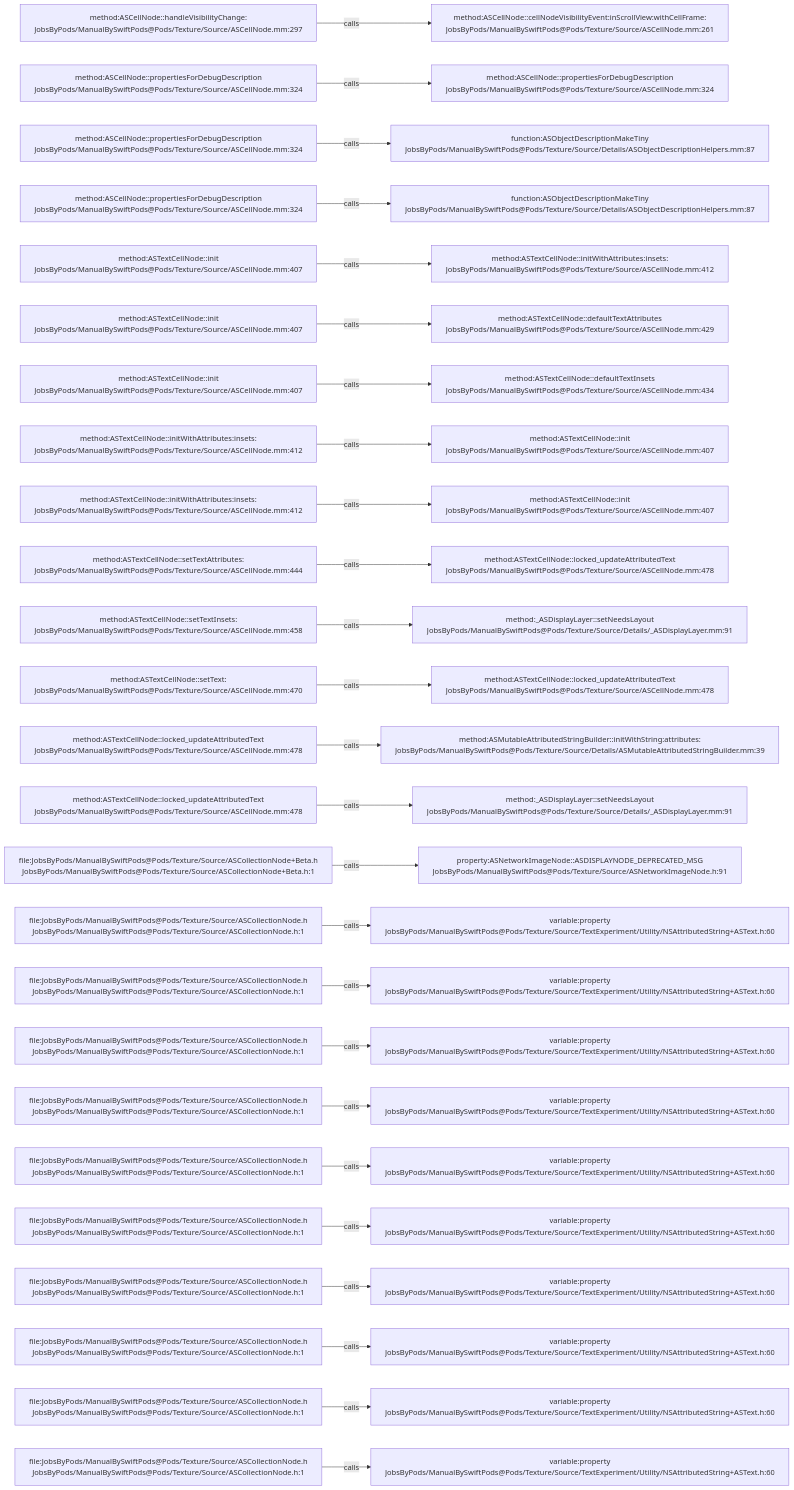
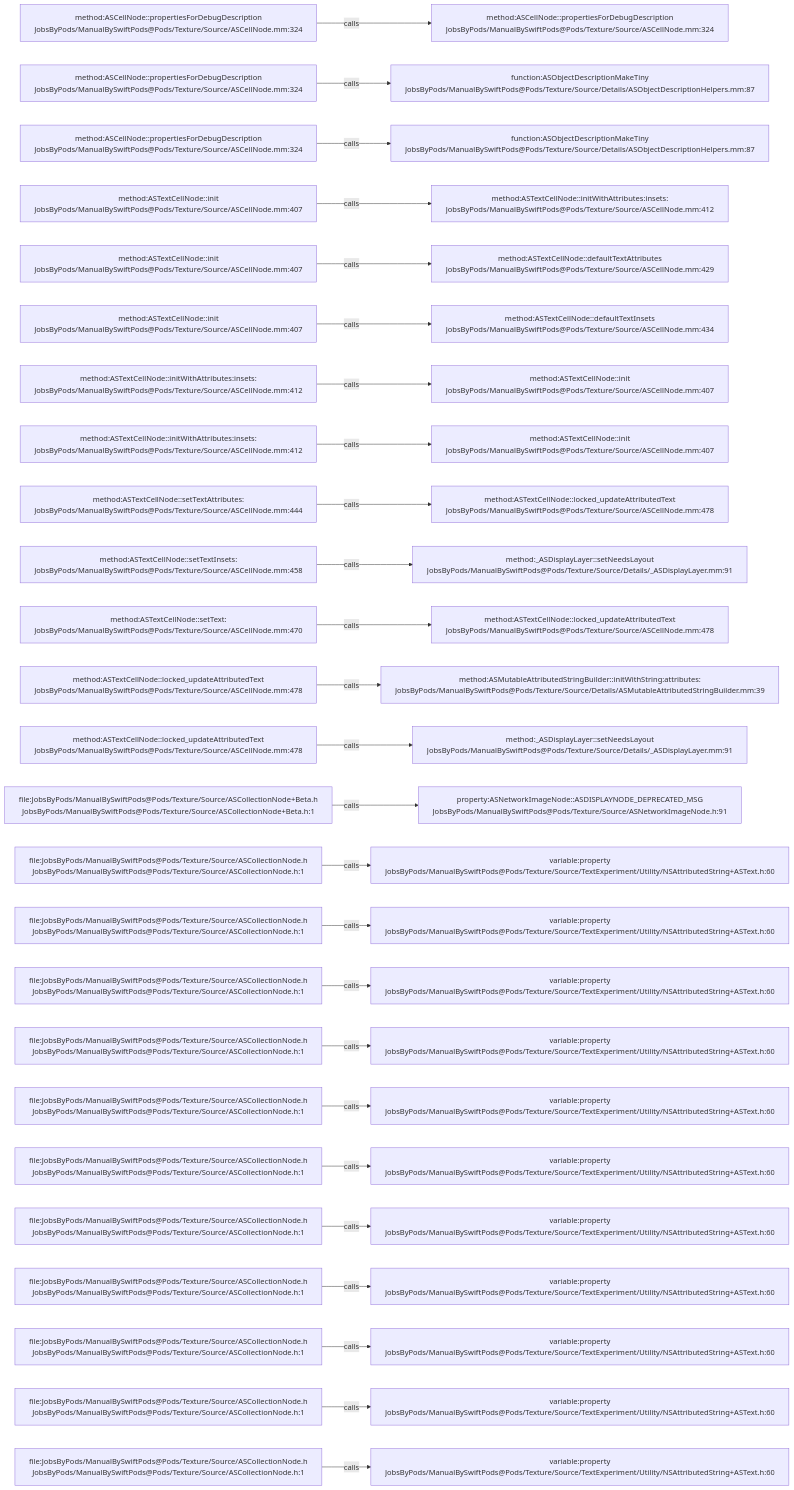
Before and after one commit to JobsKits/JobsSwiftBaseConfigDemo: the diagram in .codegraph/codegraph.md/graphs/calls-005.md, drawn with Mermaid. The commit also changed 747 other files, not shown here.

````diff
--- a/.codegraph/codegraph.md/graphs/calls-005.md
+++ b/.codegraph/codegraph.md/graphs/calls-005.md
@@ -13,78 +13,78 @@
 ```mermaid
 flowchart LR
-  S1["method:ASCellNode::handleVisibilityChange:<br/>JobsByPods/ManualBySwiftPods@Pods/Texture/Source/ASCellNode.mm:297"]
-  T1["method:ASCellNode::cellNodeVisibilityEvent:inScrollView:withCellFrame:<br/>JobsByPods/ManualBySwiftPods@Pods/Texture/Source/ASCellNode.mm:261"]
+  S1["method:ASCellNode::propertiesForDebugDescription<br/>JobsByPods/ManualBySwiftPods@Pods/Texture/Source/ASCellNode.mm:324"]
+  T1["method:ASCellNode::propertiesForDebugDescription<br/>JobsByPods/ManualBySwiftPods@Pods/Texture/Source/ASCellNode.mm:324"]
   S1 -->|calls| T1
   S2["method:ASCellNode::propertiesForDebugDescription<br/>JobsByPods/ManualBySwiftPods@Pods/Texture/Source/ASCellNode.mm:324"]
-  T2["method:ASCellNode::propertiesForDebugDescription<br/>JobsByPods/ManualBySwiftPods@Pods/Texture/Source/ASCellNode.mm:324"]
+  T2["function:ASObjectDescriptionMakeTiny<br/>JobsByPods/ManualBySwiftPods@Pods/Texture/Source/Details/ASObjectDescriptionHelpers.mm:87"]
   S2 -->|calls| T2
   S3["method:ASCellNode::propertiesForDebugDescription<br/>JobsByPods/ManualBySwiftPods@Pods/Texture/Source/ASCellNode.mm:324"]
   T3["function:ASObjectDescriptionMakeTiny<br/>JobsByPods/ManualBySwiftPods@Pods/Texture/Source/Details/ASObjectDescriptionHelpers.mm:87"]
   S3 -->|calls| T3
-  S4["method:ASCellNode::propertiesForDebugDescription<br/>JobsByPods/ManualBySwiftPods@Pods/Texture/Source/ASCellNode.mm:324"]
-  T4["function:ASObjectDescriptionMakeTiny<br/>JobsByPods/ManualBySwiftPods@Pods/Texture/Source/Details/ASObjectDescriptionHelpers.mm:87"]
+  S4["method:ASTextCellNode::init<br/>JobsByPods/ManualBySwiftPods@Pods/Texture/Source/ASCellNode.mm:407"]
+  T4["method:ASTextCellNode::initWithAttributes:insets:<br/>JobsByPods/ManualBySwiftPods@Pods/Texture/Source/ASCellNode.mm:412"]
   S4 -->|calls| T4
   S5["method:ASTextCellNode::init<br/>JobsByPods/ManualBySwiftPods@Pods/Texture/Source/ASCellNode.mm:407"]
-  T5["method:ASTextCellNode::initWithAttributes:insets:<br/>JobsByPods/ManualBySwiftPods@Pods/Texture/Source/ASCellNode.mm:412"]
+  T5["method:ASTextCellNode::defaultTextAttributes<br/>JobsByPods/ManualBySwiftPods@Pods/Texture/Source/ASCellNode.mm:429"]
   S5 -->|calls| T5
   S6["method:ASTextCellNode::init<br/>JobsByPods/ManualBySwiftPods@Pods/Texture/Source/ASCellNode.mm:407"]
-  T6["method:ASTextCellNode::defaultTextAttributes<br/>JobsByPods/ManualBySwiftPods@Pods/Texture/Source/ASCellNode.mm:429"]
+  T6["method:ASTextCellNode::defaultTextInsets<br/>JobsByPods/ManualBySwiftPods@Pods/Texture/Source/ASCellNode.mm:434"]
   S6 -->|calls| T6
-  S7["method:ASTextCellNode::init<br/>JobsByPods/ManualBySwiftPods@Pods/Texture/Source/ASCellNode.mm:407"]
-  T7["method:ASTextCellNode::defaultTextInsets<br/>JobsByPods/ManualBySwiftPods@Pods/Texture/Source/ASCellNode.mm:434"]
+  S7["method:ASTextCellNode::initWithAttributes:insets:<br/>JobsByPods/ManualBySwiftPods@Pods/Texture/Source/ASCellNode.mm:412"]
+  T7["method:ASTextCellNode::init<br/>JobsByPods/ManualBySwiftPods@Pods/Texture/Source/ASCellNode.mm:407"]
   S7 -->|calls| T7
   S8["method:ASTextCellNode::initWithAttributes:insets:<br/>JobsByPods/ManualBySwiftPods@Pods/Texture/Source/ASCellNode.mm:412"]
   T8["method:ASTextCellNode::init<br/>JobsByPods/ManualBySwiftPods@Pods/Texture/Source/ASCellNode.mm:407"]
   S8 -->|calls| T8
-  S9["method:ASTextCellNode::initWithAttributes:insets:<br/>JobsByPods/ManualBySwiftPods@Pods/Texture/Source/ASCellNode.mm:412"]
-  T9["method:ASTextCellNode::init<br/>JobsByPods/ManualBySwiftPods@Pods/Texture/Source/ASCellNode.mm:407"]
+  S9["method:ASTextCellNode::setTextAttributes:<br/>JobsByPods/ManualBySwiftPods@Pods/Texture/Source/ASCellNode.mm:444"]
+  T9["method:ASTextCellNode::locked_updateAttributedText<br/>JobsByPods/ManualBySwiftPods@Pods/Texture/Source/ASCellNode.mm:478"]
   S9 -->|calls| T9
-  S10["method:ASTextCellNode::setTextAttributes:<br/>JobsByPods/ManualBySwiftPods@Pods/Texture/Source/ASCellNode.mm:444"]
-  T10["method:ASTextCellNode::locked_updateAttributedText<br/>JobsByPods/ManualBySwiftPods@Pods/Texture/Source/ASCellNode.mm:478"]
+  S10["method:ASTextCellNode::setTextInsets:<br/>JobsByPods/ManualBySwiftPods@Pods/Texture/Source/ASCellNode.mm:458"]
+  T10["method:_ASDisplayLayer::setNeedsLayout<br/>JobsByPods/ManualBySwiftPods@Pods/Texture/Source/Details/_ASDisplayLayer.mm:91"]
   S10 -->|calls| T10
-  S11["method:ASTextCellNode::setTextInsets:<br/>JobsByPods/ManualBySwiftPods@Pods/Texture/Source/ASCellNode.mm:458"]
-  T11["method:_ASDisplayLayer::setNeedsLayout<br/>JobsByPods/ManualBySwiftPods@Pods/Texture/Source/Details/_ASDisplayLayer.mm:91"]
+  S11["method:ASTextCellNode::setText:<br/>JobsByPods/ManualBySwiftPods@Pods/Texture/Source/ASCellNode.mm:470"]
+  T11["method:ASTextCellNode::locked_updateAttributedText<br/>JobsByPods/ManualBySwiftPods@Pods/Texture/Source/ASCellNode.mm:478"]
   S11 -->|calls| T11
-  S12["method:ASTextCellNode::setText:<br/>JobsByPods/ManualBySwiftPods@Pods/Texture/Source/ASCellNode.mm:470"]
-  T12["method:ASTextCellNode::locked_updateAttributedText<br/>JobsByPods/ManualBySwiftPods@Pods/Texture/Source/ASCellNode.mm:478"]
+  S12["method:ASTextCellNode::locked_updateAttributedText<br/>JobsByPods/ManualBySwiftPods@Pods/Texture/Source/ASCellNode.mm:478"]
+  T12["method:ASMutableAttributedStringBuilder::initWithString:attributes:<br/>JobsByPods/ManualBySwiftPods@Pods/Texture/Source/Details/ASMutableAttributedStringBuilder.mm:39"]
   S12 -->|calls| T12
   S13["method:ASTextCellNode::locked_updateAttributedText<br/>JobsByPods/ManualBySwiftPods@Pods/Texture/Source/ASCellNode.mm:478"]
-  T13["method:ASMutableAttributedStringBuilder::initWithString:attributes:<br/>JobsByPods/ManualBySwiftPods@Pods/Texture/Source/Details/ASMutableAttributedStringBuilder.mm:39"]
+  T13["method:_ASDisplayLayer::setNeedsLayout<br/>JobsByPods/ManualBySwiftPods@Pods/Texture/Source/Details/_ASDisplayLayer.mm:91"]
   S13 -->|calls| T13
-  S14["method:ASTextCellNode::locked_updateAttributedText<br/>JobsByPods/ManualBySwiftPods@Pods/Texture/Source/ASCellNode.mm:478"]
-  T14["method:_ASDisplayLayer::setNeedsLayout<br/>JobsByPods/ManualBySwiftPods@Pods/Texture/Source/Details/_ASDisplayLayer.mm:91"]
+  S14["file:JobsByPods/ManualBySwiftPods@Pods/Texture/Source/ASCollectionNode+Beta.h<br/>JobsByPods/ManualBySwiftPods@Pods/Texture/Source/ASCollectionNode+Beta.h:1"]
+  T14["property:ASNetworkImageNode::ASDISPLAYNODE_DEPRECATED_MSG<br/>JobsByPods/ManualBySwiftPods@Pods/Texture/Source/ASNetworkImageNode.h:91"]
   S14 -->|calls| T14
-  S15["file:JobsByPods/ManualBySwiftPods@Pods/Texture/Source/ASCollectionNode+Beta.h<br/>JobsByPods/ManualBySwiftPods@Pods/Texture/Source/ASCollectionNode+Beta.h:1"]
-  T15["property:ASNetworkImageNode::ASDISPLAYNODE_DEPRECATED_MSG<br/>JobsByPods/ManualBySwiftPods@Pods/Texture/Source/ASNetworkImageNode.h:91"]
+  S15["file:JobsByPods/ManualBySwiftPods@Pods/Texture/Source/ASCollectionNode.h<br/>JobsByPods/ManualBySwiftPods@Pods/Texture/Source/ASCollectionNode.h:1"]
+  T15["variable:property<br/>JobsByPods/ManualBySwiftPods@Pods/Texture/Source/TextExperiment/Utility/NSAttributedString+ASText.h:60"]
   S15 -->|calls| T15
   S16["file:JobsByPods/ManualBySwiftPods@Pods/Texture/Source/ASCollectionNode.h<br/>JobsByPods/ManualBySwiftPods@Pods/Texture/Source/ASCollectionNode.h:1"]
   T16["variable:property<br/>JobsByPods/ManualBySwiftPods@Pods/Texture/Source/TextExperiment/Utility/NSAttributedString+ASText.h:60"]
   S16 -->|calls| T16
   S17["file:JobsByPods/ManualBySwiftPods@Pods/Texture/Source/ASCollectionNode.h<br/>JobsByPods/ManualBySwiftPods@Pods/Texture/Source/ASCollectionNode.h:1"]
   T17["variable:property<br/>JobsByPods/ManualBySwiftPods@Pods/Texture/Source/TextExperiment/Utility/NSAttributedString+ASText.h:60"]
   S17 -->|calls| T17
   S18["file:JobsByPods/ManualBySwiftPods@Pods/Texture/Source/ASCollectionNode.h<br/>JobsByPods/ManualBySwiftPods@Pods/Texture/Source/ASCollectionNode.h:1"]
   T18["variable:property<br/>JobsByPods/ManualBySwiftPods@Pods/Texture/Source/TextExperiment/Utility/NSAttributedString+ASText.h:60"]
   S18 -->|calls| T18
   S19["file:JobsByPods/ManualBySwiftPods@Pods/Texture/Source/ASCollectionNode.h<br/>JobsByPods/ManualBySwiftPods@Pods/Texture/Source/ASCollectionNode.h:1"]
   T19["variable:property<br/>JobsByPods/ManualBySwiftPods@Pods/Texture/Source/TextExperiment/Utility/NSAttributedString+ASText.h:60"]
   S19 -->|calls| T19
   S20["file:JobsByPods/ManualBySwiftPods@Pods/Texture/Source/ASCollectionNode.h<br/>JobsByPods/ManualBySwiftPods@Pods/Texture/Source/ASCollectionNode.h:1"]
   T20["variable:property<br/>JobsByPods/ManualBySwiftPods@Pods/Texture/Source/TextExperiment/Utility/NSAttributedString+ASText.h:60"]
   S20 -->|calls| T20
   S21["file:JobsByPods/ManualBySwiftPods@Pods/Texture/Source/ASCollectionNode.h<br/>JobsByPods/ManualBySwiftPods@Pods/Texture/Source/ASCollectionNode.h:1"]
   T21["variable:property<br/>JobsByPods/ManualBySwiftPods@Pods/Texture/Source/TextExperiment/Utility/NSAttributedString+ASText.h:60"]
   S21 -->|calls| T21
   S22["file:JobsByPods/ManualBySwiftPods@Pods/Texture/Source/ASCollectionNode.h<br/>JobsByPods/ManualBySwiftPods@Pods/Texture/Source/ASCollectionNode.h:1"]
   T22["variable:property<br/>JobsByPods/ManualBySwiftPods@Pods/Texture/Source/TextExperiment/Utility/NSAttributedString+ASText.h:60"]
   S22 -->|calls| T22
   S23["file:JobsByPods/ManualBySwiftPods@Pods/Texture/Source/ASCollectionNode.h<br/>JobsByPods/ManualBySwiftPods@Pods/Texture/Source/ASCollectionNode.h:1"]
   T23["variable:property<br/>JobsByPods/ManualBySwiftPods@Pods/Texture/Source/TextExperiment/Utility/NSAttributedString+ASText.h:60"]
   S23 -->|calls| T23
   S24["file:JobsByPods/ManualBySwiftPods@Pods/Texture/Source/ASCollectionNode.h<br/>JobsByPods/ManualBySwiftPods@Pods/Texture/Source/ASCollectionNode.h:1"]
   T24["variable:property<br/>JobsByPods/ManualBySwiftPods@Pods/Texture/Source/TextExperiment/Utility/NSAttributedString+ASText.h:60"]
   S24 -->|calls| T24
   S25["file:JobsByPods/ManualBySwiftPods@Pods/Texture/Source/ASCollectionNode.h<br/>JobsByPods/ManualBySwiftPods@Pods/Texture/Source/ASCollectionNode.h:1"]
   T25["variable:property<br/>JobsByPods/ManualBySwiftPods@Pods/Texture/Source/TextExperiment/Utility/NSAttributedString+ASText.h:60"]
   S25 -->|calls| T25
 ```
````
